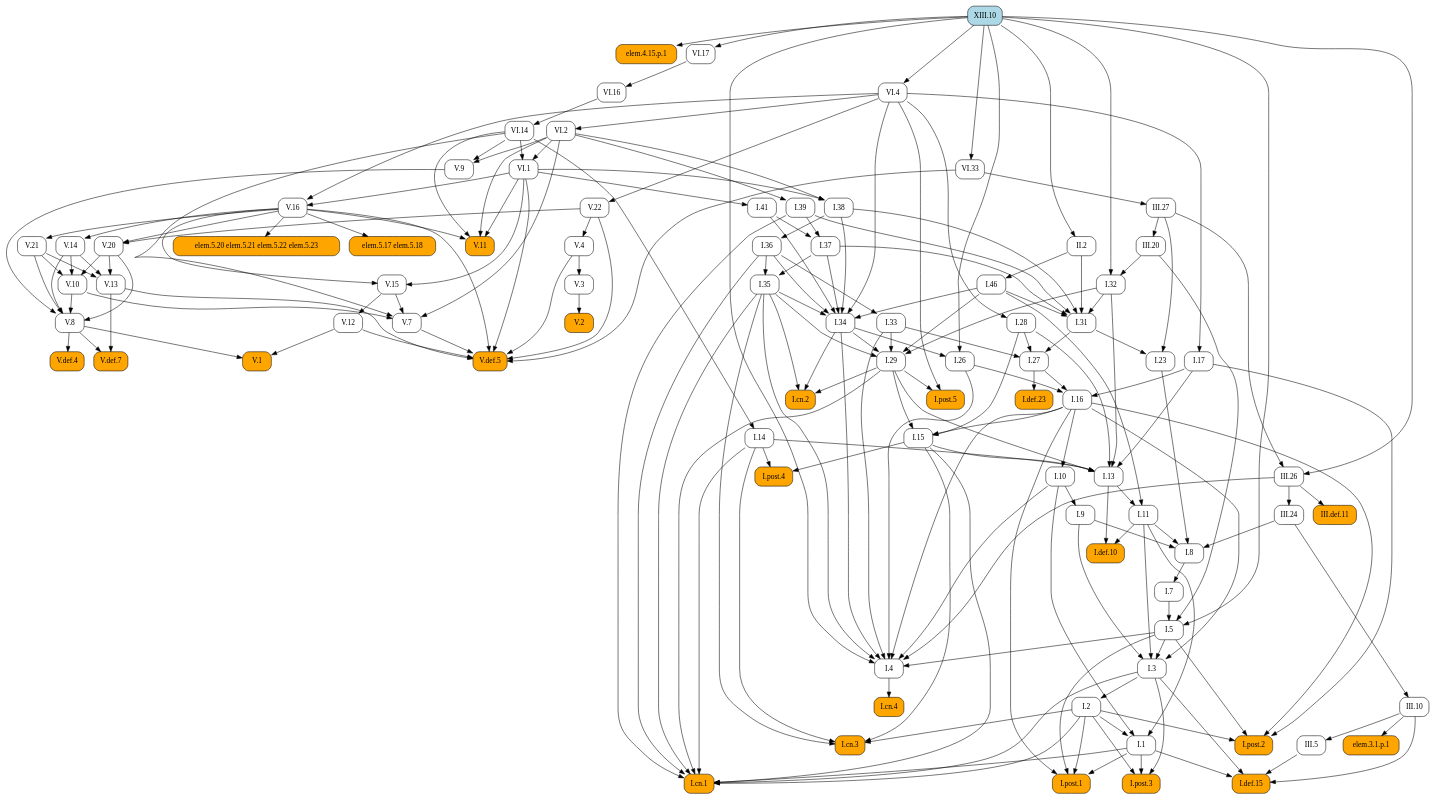
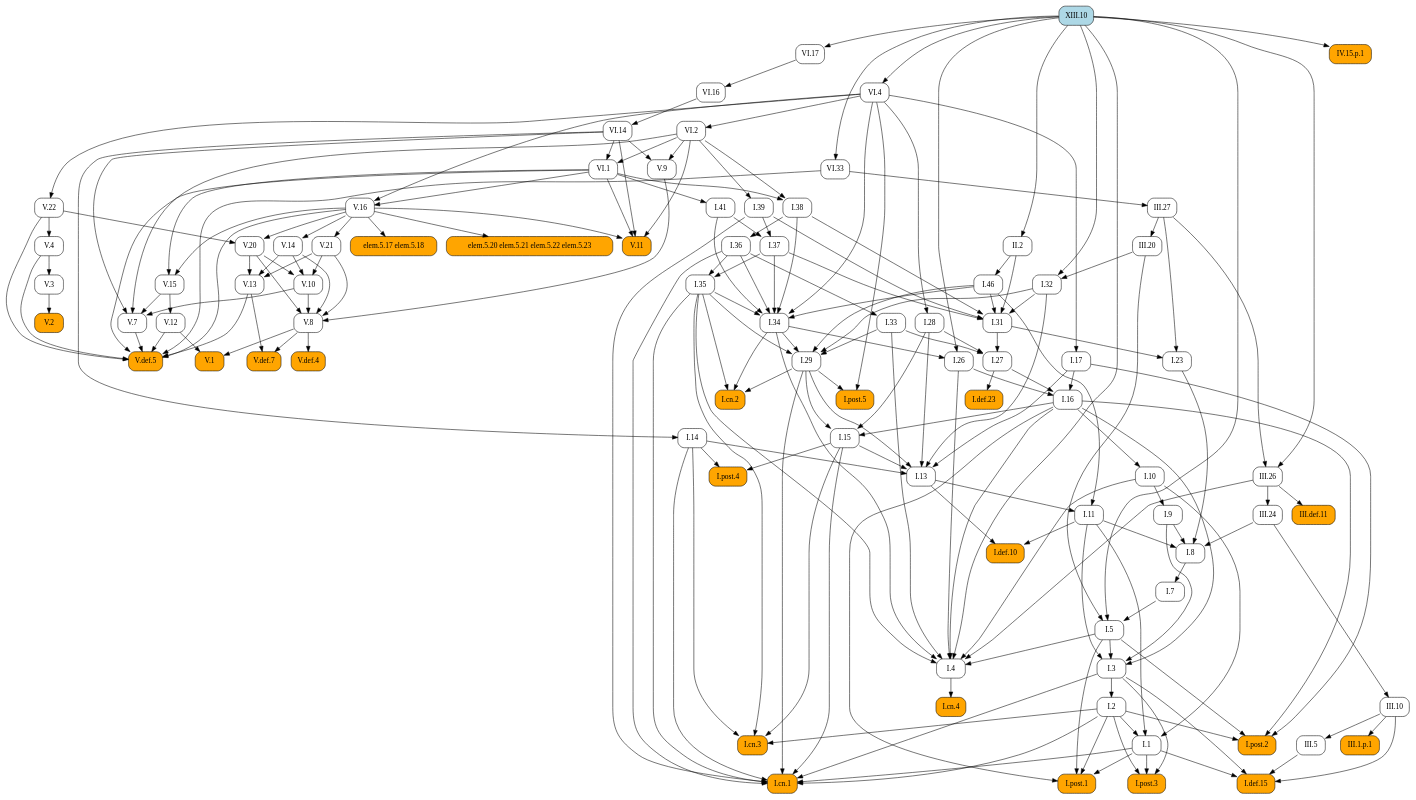
One commit to geometor/elements changed the diagram in docsrc/heath/XIII/10/index.rst. Above: the diagram before and after it, drawn with Graphviz. The commit also changed other lines of this file and 484 other files, not shown here.

```diff
--- a/docsrc/heath/XIII/10/index.rst
+++ b/docsrc/heath/XIII/10/index.rst
@@ -75,100 +75,211 @@
    digraph {
      rankdir="TB";
      node [shape=box, style=rounded];
+     "I.23" [URL="/heath/I/23/", target="_top"];
+     "I.9" [URL="/heath/I/9/", target="_top"];
+     "III.24" [URL="/heath/III/24/", target="_top"];
+     "I.def.15" [style="rounded,filled", fillcolor=orange, URL="/heath/I/def.15/", target="_top"];
+     "V.13" [URL="/heath/V/13/", target="_top"];
+     "IV.15.p.1" [style="rounded,filled", fillcolor=orange];
+     "V.7" [URL="/heath/V/7/", target="_top"];
+     "elem.5.17 elem.5.18" [style="rounded,filled", fillcolor=orange];
+     "I.post.1" [style="rounded,filled", fillcolor=orange, URL="/heath/I/post.1/", target="_top"];
+     "V.14" [URL="/heath/V/14/", target="_top"];
+     "III.20" [URL="/heath/III/20/", target="_top"];
+     "V.9" [URL="/heath/V/9/", target="_top"];
+     "I.31" [URL="/heath/I/31/", target="_top"];
      "I.def.10" [style="rounded,filled", fillcolor=orange, URL="/heath/I/def.10/", target="_top"];
+     "V.10" [URL="/heath/V/10/", target="_top"];
+     "V.4" [URL="/heath/V/4/", target="_top"];
+     "VI.1" [URL="/heath/VI/1/", target="_top"];
+     "VI.14" [URL="/heath/VI/14/", target="_top"];
+     "I.39" [URL="/heath/I/39/", target="_top"];
+     "I.14" [URL="/heath/I/14/", target="_top"];
+     "V.11" [style="rounded,filled", fillcolor=orange, URL="/heath/V/11/", target="_top"];
+     "I.34" [URL="/heath/I/34/", target="_top"];
+     "I.3" [URL="/heath/I/3/", target="_top"];
+     "V.def.4" [style="rounded,filled", fillcolor=orange, URL="/heath/V/def.4/", target="_top"];
+     "V.def.7" [style="rounded,filled", fillcolor=orange, URL="/heath/V/def.7/", target="_top"];
+     "I.2" [URL="/heath/I/2/", target="_top"];
+     "V.21" [URL="/heath/V/21/", target="_top"];
+     "V.3" [URL="/heath/V/3/", target="_top"];
+     "I.13" [URL="/heath/I/13/", target="_top"];
+     "I.post.4" [style="rounded,filled", fillcolor=orange, URL="/heath/I/post.4/", target="_top"];
+     "I.4" [URL="/heath/I/4/", target="_top"];
+     "I.1" [URL="/heath/I/1/", target="_top"];
+     "I.8" [URL="/heath/I/8/", target="_top"];
+     "I.17" [URL="/heath/I/17/", target="_top"];
+     "I.29" [URL="/heath/I/29/", target="_top"];
+     "I.38" [URL="/heath/I/38/", target="_top"];
+     "V.8" [URL="/heath/V/8/", target="_top"];
+     "I.15" [URL="/heath/I/15/", target="_top"];
+     "II.2" [URL="/heath/II/2/", target="_top"];
+     "I.10" [URL="/heath/I/10/", target="_top"];
      "I.11" [URL="/heath/I/11/", target="_top"];
-     "I.post.4" [style="rounded,filled", fillcolor=orange, URL="/heath/I/post.4/", target="_top"];
-     "I.28" [URL="/heath/I/28/", target="_top"];
-     "I.1" [URL="/heath/I/1/", target="_top"];
-     "elem.4.15.p.1" [style="rounded,filled", fillcolor=orange];
-     "V.def.5" [style="rounded,filled", fillcolor=orange, URL="/heath/V/def.5/", target="_top"];
-     "III.20" [URL="/heath/III/20/", target="_top"];
-     "V.13" [URL="/heath/V/13/", target="_top"];
-     "V.11" [style="rounded,filled", fillcolor=orange, URL="/heath/V/11/", target="_top"];
+     "I.def.23" [style="rounded,filled", fillcolor=orange, URL="/heath/I/def.23/", target="_top"];
+     "XIII.10" [style="rounded,filled", fillcolor=lightblue, URL="/heath/XIII/10/", target="_top"];
+     "VI.4" [URL="/heath/VI/4/", target="_top"];
+     "I.46" [URL="/heath/I/46/", target="_top"];
+     "I.26" [URL="/heath/I/26/", target="_top"];
+     "V.16" [URL="/heath/V/16/", target="_top"];
+     "VI.16" [URL="/heath/VI/16/", target="_top"];
+     "I.33" [URL="/heath/I/33/", target="_top"];
+     "I.32" [URL="/heath/I/32/", target="_top"];
      "III.def.11" [style="rounded,filled", fillcolor=orange, URL="/heath/III/def.11/", target="_top"];
      "I.post.3" [style="rounded,filled", fillcolor=orange, URL="/heath/I/post.3/", target="_top"];
-     "VI.1" [URL="/heath/VI/1/", target="_top"];
+     "V.def.5" [style="rounded,filled", fillcolor=orange, URL="/heath/V/def.5/", target="_top"];
+     "III.10" [URL="/heath/III/10/", target="_top"];
+     "I.27" [URL="/heath/I/27/", target="_top"];
+     "V.20" [URL="/heath/V/20/", target="_top"];
+     "V.12" [URL="/heath/V/12/", target="_top"];
+     "III.5" [URL="/heath/III/5/", target="_top"];
+     "I.35" [URL="/heath/I/35/", target="_top"];
+     "I.cn.1" [style="rounded,filled", fillcolor=orange, URL="/heath/I/cn.1/", target="_top"];
+     "V.2" [style="rounded,filled", fillcolor=orange, URL="/heath/V/2/", target="_top"];
+     "I.7" [URL="/heath/I/7/", target="_top"];
+     "III.26" [URL="/heath/III/26/", target="_top"];
+     "III.27" [URL="/heath/III/27/", target="_top"];
+     "I.36" [URL="/heath/I/36/", target="_top"];
+     "I.5" [URL="/heath/I/5/", target="_top"];
+     "I.37" [URL="/heath/I/37/", target="_top"];
      "I.cn.3" [style="rounded,filled", fillcolor=orange, URL="/heath/I/cn.3/", target="_top"];
-     "I.14" [URL="/heath/I/14/", target="_top"];
-     "V.16" [URL="/heath/V/16/", target="_top"];
-     "VI.4" [URL="/heath/VI/4/", target="_top"];
-     "V.3" [URL="/heath/V/3/", target="_top"];
+     "I.16" [URL="/heath/I/16/", target="_top"];
      "VI.33" [URL="/heath/VI/33/", target="_top"];
-     "I.36" [URL="/heath/I/36/", target="_top"];
-     "V.8" [URL="/heath/V/8/", target="_top"];
-     "I.27" [URL="/heath/I/27/", target="_top"];
-     "I.41" [URL="/heath/I/41/", target="_top"];
-     "I.37" [URL="/heath/I/37/", target="_top"];
-     "I.34" [URL="/heath/I/34/", target="_top"];
-     "I.2" [URL="/heath/I/2/", target="_top"];
-     "I.def.23" [style="rounded,filled", fillcolor=orange, URL="/heath/I/def.23/", target="_top"];
-     "I.17" [URL="/heath/I/17/", target="_top"];
-     "I.33" [URL="/heath/I/33/", target="_top"];
-     "I.post.2" [style="rounded,filled", fillcolor=orange, URL="/heath/I/post.2/", target="_top"];
-     "elem.5.20 elem.5.21 elem.5.22 elem.5.23" [style="rounded,filled", fillcolor=orange];
-     "I.9" [URL="/heath/I/9/", target="_top"];
-     "I.32" [URL="/heath/I/32/", target="_top"];
-     "V.def.4" [style="rounded,filled", fillcolor=orange, URL="/heath/V/def.4/", target="_top"];
-     "I.cn.4" [style="rounded,filled", fillcolor=orange, URL="/heath/I/cn.4/", target="_top"];
-     "I.15" [URL="/heath/I/15/", target="_top"];
-     "I.38" [URL="/heath/I/38/", target="_top"];
-     "V.def.7" [style="rounded,filled", fillcolor=orange, URL="/heath/V/def.7/", target="_top"];
-     "I.5" [URL="/heath/I/5/", target="_top"];
-     "V.21" [URL="/heath/V/21/", target="_top"];
-     "III.5" [URL="/heath/III/5/", target="_top"];
-     "I.39" [URL="/heath/I/39/", target="_top"];
-     "I.26" [URL="/heath/I/26/", target="_top"];
-     "III.26" [URL="/heath/III/26/", target="_top"];
-     "V.14" [URL="/heath/V/14/", target="_top"];
-     "I.29" [URL="/heath/I/29/", target="_top"];
-     "elem.3.1.p.1" [style="rounded,filled", fillcolor=orange];
-     "V.12" [URL="/heath/V/12/", target="_top"];
+     "V.1" [style="rounded,filled", fillcolor=orange, URL="/heath/V/1/", target="_top"];
+     "III.1.p.1" [style="rounded,filled", fillcolor=orange];
      "V.22" [URL="/heath/V/22/", target="_top"];
      "I.cn.2" [style="rounded,filled", fillcolor=orange, URL="/heath/I/cn.2/", target="_top"];
-     "V.20" [URL="/heath/V/20/", target="_top"];
-     "V.10" [URL="/heath/V/10/", target="_top"];
+     "I.post.5" [style="rounded,filled", fillcolor=orange, URL="/heath/I/post.5/", target="_top"];
+     "I.28" [URL="/heath/I/28/", target="_top"];
+     "VI.17" [URL="/heath/VI/17/", target="_top"];
+     "I.cn.4" [style="rounded,filled", fillcolor=orange, URL="/heath/I/cn.4/", target="_top"];
+     "V.15" [URL="/heath/V/15/", target="_top"];
      "VI.2" [URL="/heath/VI/2/", target="_top"];
-     "I.def.15" [style="rounded,filled", fillcolor=orange, URL="/heath/I/def.15/", target="_top"];
-     "V.15" [URL="/heath/V/15/", target="_top"];
-     "I.cn.1" [style="rounded,filled", fillcolor=orange, URL="/heath/I/cn.1/", target="_top"];
-     "V.7" [URL="/heath/V/7/", target="_top"];
-     "VI.17" [URL="/heath/VI/17/", target="_top"];
-     "V.9" [URL="/heath/V/9/", target="_top"];
-     "I.23" [URL="/heath/I/23/", target="_top"];
-     "XIII.10" [style="rounded,filled", fillcolor=lightblue, URL="/heath/XIII/10/", target="_top"];
-     "I.post.1" [style="rounded,filled", fillcolor=orange, URL="/heath/I/post.1/", target="_top"];
-     "III.24" [URL="/heath/III/24/", target="_top"];
-     "I.35" [URL="/heath/I/35/", target="_top"];
-     "II.2" [URL="/heath/II/2/", target="_top"];
-     "I.46" [URL="/heath/I/46/", target="_top"];
-     "I.7" [URL="/heath/I/7/", target="_top"];
-     "I.3" [URL="/heath/I/3/", target="_top"];
-     "I.4" [URL="/heath/I/4/", target="_top"];
-     "I.13" [URL="/heath/I/13/", target="_top"];
-     "V.4" [URL="/heath/V/4/", target="_top"];
-     "I.31" [URL="/heath/I/31/", target="_top"];
-     "V.1" [style="rounded,filled", fillcolor=orange, URL="/heath/V/1/", target="_top"];
-     "I.16" [URL="/heath/I/16/", target="_top"];
-     "III.10" [URL="/heath/III/10/", target="_top"];
-     "elem.5.17 elem.5.18" [style="rounded,filled", fillcolor=orange];
-     "III.27" [URL="/heath/III/27/", target="_top"];
-     "I.8" [URL="/heath/I/8/", target="_top"];
-     "VI.16" [URL="/heath/VI/16/", target="_top"];
-     "VI.14" [URL="/heath/VI/14/", target="_top"];
-     "V.2" [style="rounded,filled", fillcolor=orange, URL="/heath/V/2/", target="_top"];
-     "I.post.5" [style="rounded,filled", fillcolor=orange, URL="/heath/I/post.5/", target="_top"];
-     "I.10" [URL="/heath/I/10/", target="_top"];
+     "I.post.2" [style="rounded,filled", fillcolor=orange, URL="/heath/I/post.2/", target="_top"];
+     "I.41" [URL="/heath/I/41/", target="_top"];
+     "elem.5.20 elem.5.21 elem.5.22 elem.5.23" [style="rounded,filled", fillcolor=orange];
+     "I.31" -> "I.23";
+     "III.27" -> "I.23";
+     "I.10" -> "I.9";
+     "III.26" -> "III.24";
+     "I.1" -> "I.def.15";
+     "I.3" -> "I.def.15";
+     "III.5" -> "I.def.15";
+     "III.10" -> "I.def.15";
+     "V.14" -> "V.13";
+     "V.20" -> "V.13";
+     "V.21" -> "V.13";
+     "XIII.10" -> "IV.15.p.1";
+     "V.10" -> "V.7";
+     "V.15" -> "V.7";
+     "VI.2" -> "V.7";
+     "VI.14" -> "V.7";
+     "V.16" -> "elem.5.17 elem.5.18";
+     "I.1" -> "I.post.1";
+     "I.2" -> "I.post.1";
+     "I.5" -> "I.post.1";
+     "I.16" -> "I.post.1";
+     "V.16" -> "V.14";
+     "III.27" -> "III.20";
+     "VI.2" -> "V.9";
+     "VI.14" -> "V.9";
+     "I.32" -> "I.31";
+     "I.37" -> "I.31";
+     "I.38" -> "I.31";
+     "I.39" -> "I.31";
+     "I.46" -> "I.31";
+     "II.2" -> "I.31";
      "I.11" -> "I.def.10";
      "I.13" -> "I.def.10";
-     "I.13" -> "I.11";
-     "I.46" -> "I.11";
+     "V.14" -> "V.10";
+     "V.20" -> "V.10";
+     "V.21" -> "V.10";
+     "V.22" -> "V.4";
+     "VI.2" -> "VI.1";
+     "VI.14" -> "VI.1";
+     "VI.16" -> "VI.14";
+     "VI.2" -> "I.39";
+     "VI.14" -> "I.14";
+     "V.16" -> "V.11";
+     "VI.1" -> "V.11";
+     "VI.2" -> "V.11";
+     "VI.14" -> "V.11";
+     "I.35" -> "I.34";
+     "I.36" -> "I.34";
+     "I.37" -> "I.34";
+     "I.38" -> "I.34";
+     "I.41" -> "I.34";
+     "I.46" -> "I.34";
+     "VI.4" -> "I.34";
+     "I.5" -> "I.3";
+     "I.9" -> "I.3";
+     "I.11" -> "I.3";
+     "I.16" -> "I.3";
+     "V.8" -> "V.def.4";
+     "V.8" -> "V.def.7";
+     "V.13" -> "V.def.7";
+     "I.3" -> "I.2";
+     "V.16" -> "V.21";
+     "V.4" -> "V.3";
+     "I.14" -> "I.13";
+     "I.15" -> "I.13";
+     "I.17" -> "I.13";
+     "I.28" -> "I.13";
+     "I.29" -> "I.13";
+     "I.32" -> "I.13";
      "I.14" -> "I.post.4";
      "I.15" -> "I.post.4";
-     "VI.4" -> "I.28";
+     "I.5" -> "I.4";
+     "I.10" -> "I.4";
+     "I.16" -> "I.4";
+     "I.26" -> "I.4";
+     "I.33" -> "I.4";
+     "I.34" -> "I.4";
+     "I.35" -> "I.4";
+     "III.26" -> "I.4";
+     "XIII.10" -> "I.4";
      "I.2" -> "I.1";
      "I.10" -> "I.1";
      "I.11" -> "I.1";
-     "XIII.10" -> "elem.4.15.p.1";
+     "I.9" -> "I.8";
+     "I.11" -> "I.8";
+     "I.23" -> "I.8";
+     "III.24" -> "I.8";
+     "VI.4" -> "I.17";
+     "I.32" -> "I.29";
+     "I.33" -> "I.29";
+     "I.34" -> "I.29";
+     "I.35" -> "I.29";
+     "I.46" -> "I.29";
+     "VI.1" -> "I.38";
+     "VI.2" -> "I.38";
+     "V.9" -> "V.8";
+     "V.10" -> "V.8";
+     "V.14" -> "V.8";
+     "V.20" -> "V.8";
+     "V.21" -> "V.8";
+     "I.16" -> "I.15";
+     "I.28" -> "I.15";
+     "I.29" -> "I.15";
+     "XIII.10" -> "II.2";
+     "I.16" -> "I.10";
+     "I.13" -> "I.11";
+     "I.46" -> "I.11";
+     "I.27" -> "I.def.23";
+     "XIII.10" -> "VI.4";
+     "II.2" -> "I.46";
+     "I.34" -> "I.26";
+     "XIII.10" -> "I.26";
+     "VI.1" -> "V.16";
+     "VI.4" -> "V.16";
+     "VI.17" -> "VI.16";
+     "I.36" -> "I.33";
+     "III.20" -> "I.32";
+     "XIII.10" -> "I.32";
+     "III.26" -> "III.def.11";
+     "I.1" -> "I.post.3";
+     "I.2" -> "I.post.3";
+     "I.3" -> "I.post.3";
      "V.4" -> "V.def.5";
      "V.7" -> "V.def.5";
      "V.12" -> "V.def.5";
@@ -177,104 +288,16 @@
      "V.22" -> "V.def.5";
      "VI.1" -> "V.def.5";
      "VI.33" -> "V.def.5";
-     "III.27" -> "III.20";
-     "V.14" -> "V.13";
-     "V.20" -> "V.13";
-     "V.21" -> "V.13";
-     "V.16" -> "V.11";
-     "VI.1" -> "V.11";
-     "VI.2" -> "V.11";
-     "VI.14" -> "V.11";
-     "III.26" -> "III.def.11";
-     "I.1" -> "I.post.3";
-     "I.2" -> "I.post.3";
-     "I.3" -> "I.post.3";
-     "VI.2" -> "VI.1";
-     "VI.14" -> "VI.1";
-     "I.2" -> "I.cn.3";
-     "I.14" -> "I.cn.3";
-     "I.15" -> "I.cn.3";
-     "I.35" -> "I.cn.3";
-     "VI.14" -> "I.14";
-     "VI.1" -> "V.16";
-     "VI.4" -> "V.16";
-     "XIII.10" -> "VI.4";
-     "V.4" -> "V.3";
-     "XIII.10" -> "VI.33";
-     "I.38" -> "I.36";
-     "V.9" -> "V.8";
-     "V.10" -> "V.8";
-     "V.14" -> "V.8";
-     "V.20" -> "V.8";
-     "V.21" -> "V.8";
+     "III.24" -> "III.10";
      "I.28" -> "I.27";
      "I.31" -> "I.27";
      "I.33" -> "I.27";
-     "VI.1" -> "I.41";
-     "I.39" -> "I.37";
-     "I.41" -> "I.37";
-     "I.35" -> "I.34";
-     "I.36" -> "I.34";
-     "I.37" -> "I.34";
-     "I.38" -> "I.34";
-     "I.41" -> "I.34";
-     "I.46" -> "I.34";
-     "VI.4" -> "I.34";
-     "I.3" -> "I.2";
-     "I.27" -> "I.def.23";
-     "VI.4" -> "I.17";
-     "I.36" -> "I.33";
-     "I.2" -> "I.post.2";
-     "I.5" -> "I.post.2";
-     "I.16" -> "I.post.2";
-     "I.17" -> "I.post.2";
-     "V.16" -> "elem.5.20 elem.5.21 elem.5.22 elem.5.23";
-     "I.10" -> "I.9";
-     "III.20" -> "I.32";
-     "XIII.10" -> "I.32";
-     "V.8" -> "V.def.4";
-     "I.4" -> "I.cn.4";
-     "I.16" -> "I.15";
-     "I.28" -> "I.15";
-     "I.29" -> "I.15";
-     "VI.1" -> "I.38";
-     "VI.2" -> "I.38";
-     "V.8" -> "V.def.7";
-     "V.13" -> "V.def.7";
-     "I.7" -> "I.5";
-     "III.20" -> "I.5";
-     "XIII.10" -> "I.5";
-     "V.16" -> "V.21";
-     "III.10" -> "III.5";
-     "VI.2" -> "I.39";
-     "I.34" -> "I.26";
-     "XIII.10" -> "I.26";
-     "III.27" -> "III.26";
-     "XIII.10" -> "III.26";
-     "V.16" -> "V.14";
-     "I.32" -> "I.29";
-     "I.33" -> "I.29";
-     "I.34" -> "I.29";
-     "I.35" -> "I.29";
-     "I.46" -> "I.29";
-     "III.10" -> "elem.3.1.p.1";
-     "V.15" -> "V.12";
-     "VI.4" -> "V.22";
-     "I.29" -> "I.cn.2";
-     "I.34" -> "I.cn.2";
-     "I.35" -> "I.cn.2";
      "V.16" -> "V.20";
      "V.22" -> "V.20";
-     "V.14" -> "V.10";
-     "V.20" -> "V.10";
-     "V.21" -> "V.10";
-     "VI.4" -> "VI.2";
-     "I.1" -> "I.def.15";
-     "I.3" -> "I.def.15";
-     "III.5" -> "I.def.15";
-     "III.10" -> "I.def.15";
-     "V.16" -> "V.15";
-     "VI.1" -> "V.15";
+     "V.15" -> "V.12";
+     "III.10" -> "III.5";
+     "I.36" -> "I.35";
+     "I.37" -> "I.35";
      "I.1" -> "I.cn.1";
      "I.2" -> "I.cn.1";
      "I.3" -> "I.cn.1";
@@ -284,67 +307,44 @@
      "I.35" -> "I.cn.1";
      "I.36" -> "I.cn.1";
      "I.39" -> "I.cn.1";
-     "V.10" -> "V.7";
-     "V.15" -> "V.7";
-     "VI.2" -> "V.7";
-     "VI.14" -> "V.7";
-     "XIII.10" -> "VI.17";
-     "VI.2" -> "V.9";
-     "VI.14" -> "V.9";
-     "I.31" -> "I.23";
-     "III.27" -> "I.23";
-     "I.1" -> "I.post.1";
-     "I.2" -> "I.post.1";
-     "I.5" -> "I.post.1";
-     "I.16" -> "I.post.1";
-     "III.26" -> "III.24";
-     "I.36" -> "I.35";
-     "I.37" -> "I.35";
-     "XIII.10" -> "II.2";
-     "II.2" -> "I.46";
+     "V.3" -> "V.2";
      "I.8" -> "I.7";
-     "I.5" -> "I.3";
-     "I.9" -> "I.3";
-     "I.11" -> "I.3";
-     "I.16" -> "I.3";
-     "I.5" -> "I.4";
-     "I.10" -> "I.4";
-     "I.16" -> "I.4";
-     "I.26" -> "I.4";
-     "I.33" -> "I.4";
-     "I.34" -> "I.4";
-     "I.35" -> "I.4";
-     "III.26" -> "I.4";
-     "XIII.10" -> "I.4";
-     "I.14" -> "I.13";
-     "I.15" -> "I.13";
-     "I.17" -> "I.13";
-     "I.28" -> "I.13";
-     "I.29" -> "I.13";
-     "I.32" -> "I.13";
-     "V.22" -> "V.4";
-     "I.32" -> "I.31";
-     "I.37" -> "I.31";
-     "I.38" -> "I.31";
-     "I.39" -> "I.31";
-     "I.46" -> "I.31";
-     "II.2" -> "I.31";
-     "V.8" -> "V.1";
-     "V.12" -> "V.1";
+     "III.27" -> "III.26";
+     "XIII.10" -> "III.26";
+     "VI.33" -> "III.27";
+     "I.38" -> "I.36";
+     "I.7" -> "I.5";
+     "III.20" -> "I.5";
+     "XIII.10" -> "I.5";
+     "I.39" -> "I.37";
+     "I.41" -> "I.37";
+     "I.2" -> "I.cn.3";
+     "I.14" -> "I.cn.3";
+     "I.15" -> "I.cn.3";
+     "I.35" -> "I.cn.3";
      "I.17" -> "I.16";
      "I.26" -> "I.16";
      "I.27" -> "I.16";
-     "III.24" -> "III.10";
-     "V.16" -> "elem.5.17 elem.5.18";
-     "VI.33" -> "III.27";
-     "I.9" -> "I.8";
-     "I.11" -> "I.8";
-     "I.23" -> "I.8";
-     "III.24" -> "I.8";
-     "VI.17" -> "VI.16";
-     "VI.16" -> "VI.14";
-     "V.3" -> "V.2";
+     "XIII.10" -> "VI.33";
+     "V.8" -> "V.1";
+     "V.12" -> "V.1";
+     "III.10" -> "III.1.p.1";
+     "VI.4" -> "V.22";
+     "I.29" -> "I.cn.2";
+     "I.34" -> "I.cn.2";
+     "I.35" -> "I.cn.2";
      "I.29" -> "I.post.5";
      "VI.4" -> "I.post.5";
-     "I.16" -> "I.10";
+     "VI.4" -> "I.28";
+     "XIII.10" -> "VI.17";
+     "I.4" -> "I.cn.4";
+     "V.16" -> "V.15";
+     "VI.1" -> "V.15";
+     "VI.4" -> "VI.2";
+     "I.2" -> "I.post.2";
+     "I.5" -> "I.post.2";
+     "I.16" -> "I.post.2";
+     "I.17" -> "I.post.2";
+     "VI.1" -> "I.41";
+     "V.16" -> "elem.5.20 elem.5.21 elem.5.22 elem.5.23";
    }
```
